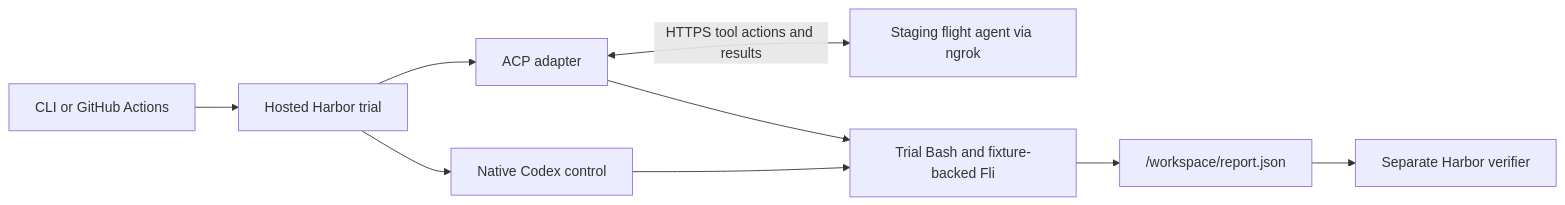
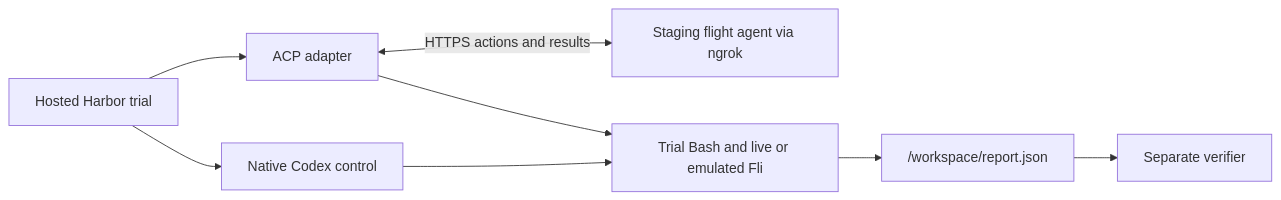
The diagram in README.md (punitarani/remote-evals), drawn with Mermaid before and after one commit. The commit also changed other lines of this file and 5 other files, not shown here.

````diff
--- a/README.md
+++ b/README.md
@@ -8,11 +78,10 @@
 ```mermaid
 flowchart LR
-    CI["CLI or GitHub Actions"] --> Harbor["Hosted Harbor trial"]
-    Harbor --> ACP["ACP adapter"]
+    Harbor["Hosted Harbor trial"] --> ACP["ACP adapter"]
     Harbor --> Codex["Native Codex control"]
-    ACP <-->|"HTTPS tool actions and results"| Agent["Staging flight agent via ngrok"]
-    ACP --> Tools["Trial Bash and fixture-backed Fli"]
+    ACP <-->|"HTTPS actions and results"| Agent["Staging flight agent via ngrok"]
+    ACP --> Tools["Trial Bash and live or emulated Fli"]
     Codex --> Tools
     Tools --> Report["/workspace/report.json"]
-    Report --> Verifier["Separate Harbor verifier"]
+    Report --> Verifier["Separate verifier"]
 ```
````
